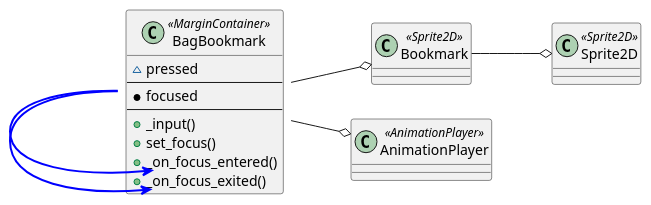
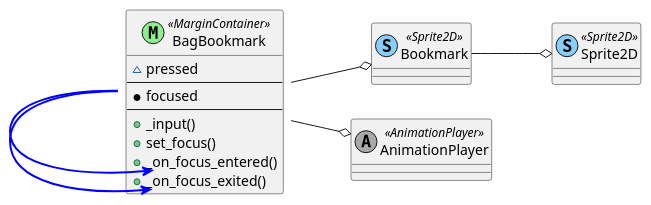
One commit to tkmfujise/Platformer-Game-Learning changed the diagram in content/scenes/src/beginning/chapters/menu/bookmark/bookmark.tscn.adoc. Above: the diagram before and after it, drawn with PlantUML. The commit also changed 69 other files, not shown here.

Commit message:
Change scene diagram class color

```diff
--- a/content/scenes/src/beginning/chapters/menu/bookmark/bookmark.tscn.adoc
+++ b/content/scenes/src/beginning/chapters/menu/bookmark/bookmark.tscn.adoc
@@ -9,25 +9,25 @@
 [plantuml]
 ....
-class ROOT as "BagBookmark" <<MarginContainer>> {
+class ROOT as "BagBookmark" <<(M,lightgreen) MarginContainer>> {
   ~ pressed
 ---
   * focused
 ---
   + _input()
   + set_focus()
   + _on_focus_entered()
   + _on_focus_exited()
 }
-class Bookmark as "Bookmark" <<Sprite2D>> {
+class Bookmark as "Bookmark" <<(S,lightskyblue) Sprite2D>> {
 }
-class Bookmark_Sprite2D as "Sprite2D" <<Sprite2D>> {
+class Bookmark_Sprite2D as "Sprite2D" <<(S,lightskyblue) Sprite2D>> {
 }
-class AnimationPlayer as "AnimationPlayer" <<AnimationPlayer>> {
+class AnimationPlayer as "AnimationPlayer" <<(A,darkgray) AnimationPlayer>> {
 }
 ROOT --o Bookmark
 ROOT --o AnimationPlayer
 Bookmark --o Bookmark_Sprite2D
 left to right direction
 ROOT::_on_focus_entered <-[#blue,thickness=2]- ROOT::focus_entered
 ROOT::_on_focus_exited <-[#blue,thickness=2]- ROOT::focus_exited
 ....
```
